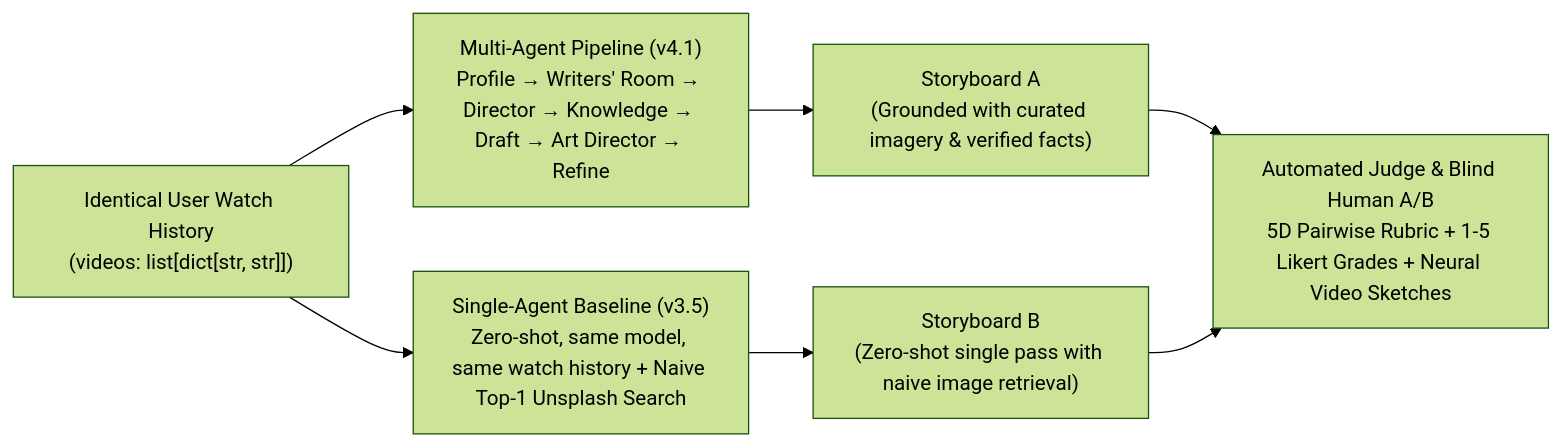
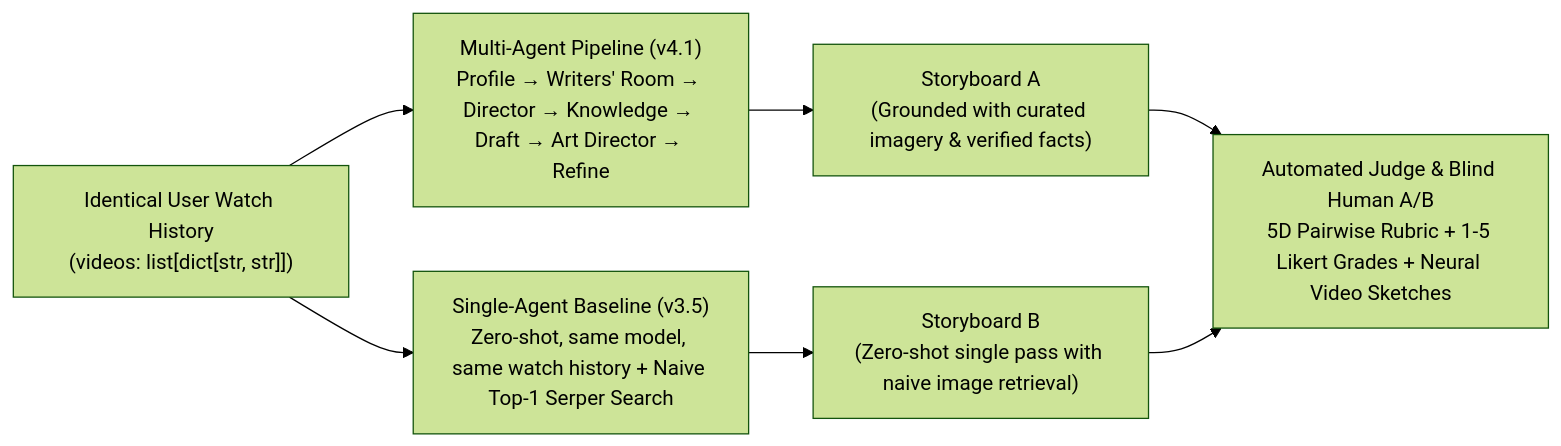
One commit to CharlesDupouy/nlp-multiagent-storyboarding changed the second of 2 diagrams in docs/project_tracker.md. Above: the diagram before and after it, drawn with Mermaid (forest theme). The commit also changed other lines of this file and 7 other files, not shown here.

Commit message:
Simplify history collector UI and bookmarklet to download-only flow

````diff
--- a/docs/project_tracker.md
+++ b/docs/project_tracker.md
@@ -71,10 +71,10 @@
 ```mermaid
 flowchart LR
     H["Identical User Watch History\n(videos: list[dict[str, str]])"]
     H --> MA["Multi-Agent Pipeline (v4.1)\nProfile → Writers' Room → Director → Knowledge → Draft → Art Director → Refine"]
-    H --> SA["Single-Agent Baseline (v3.5)\nZero-shot, same model, same watch history + Naive Top-1 Unsplash Search"]
+    H --> SA["Single-Agent Baseline (v3.5)\nZero-shot, same model, same watch history + Naive Top-1 Serper Search"]
     MA --> SB1["Storyboard A\n(Grounded with curated imagery & verified facts)"]
     SA --> SB2["Storyboard B\n(Zero-shot single pass with naive image retrieval)"]
     SB1 --> E["Automated Judge & Blind Human A/B\n5D Pairwise Rubric + 1-5 Likert Grades + Neural Video Sketches"]
     SB2 --> E
 ```
````
